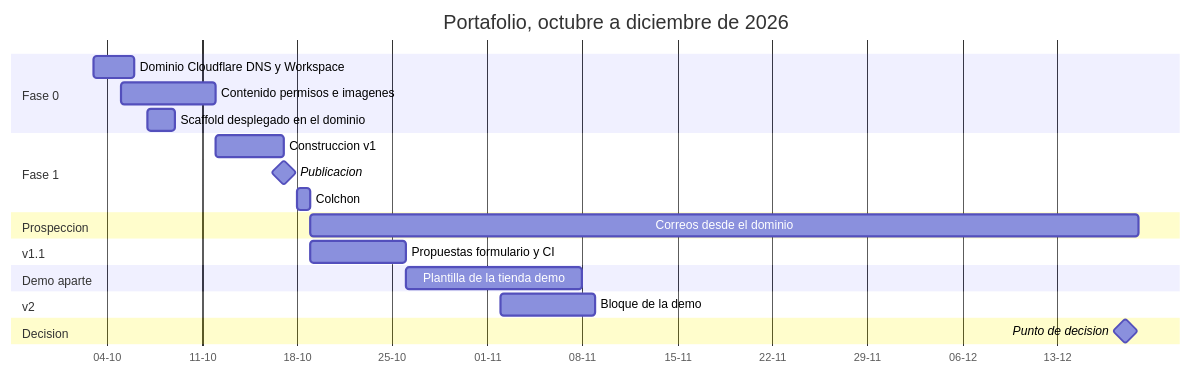
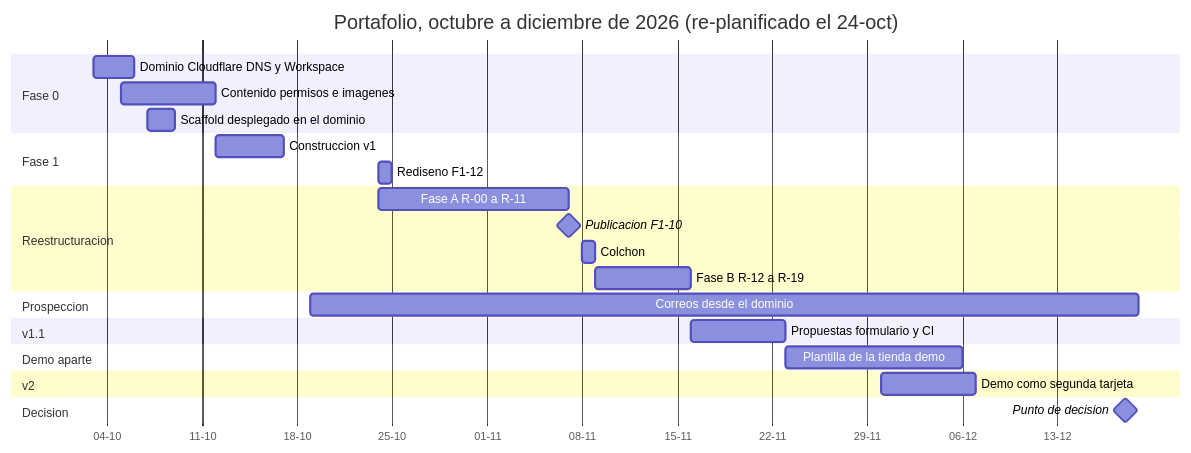
One commit to AlejandroHernandez1802/portafolio-web changed the first of 3 diagrams in docs/13-plan-de-implementacion.md. Above: the diagram before and after it, drawn with Mermaid. The commit also changed other lines of this file and 190 other files, not shown here.

````diff
--- a/docs/13-plan-de-implementacion.md
+++ b/docs/13-plan-de-implementacion.md
@@ -25,24 +31,28 @@
 ```mermaid
 gantt
-  title Portafolio, octubre a diciembre de 2026
+  title Portafolio, octubre a diciembre de 2026 (re-planificado el 24-oct)
   dateFormat YYYY-MM-DD
   axisFormat %d-%m
   section Fase 0
   Dominio Cloudflare DNS y Workspace  :f0a, 2026-10-03, 3d
   Contenido permisos e imagenes       :f0b, 2026-10-05, 7d
   Scaffold desplegado en el dominio   :f0c, 2026-10-07, 2d
   section Fase 1
   Construccion v1                     :f1, 2026-10-12, 5d
-  Publicacion                         :milestone, m1, 2026-10-17, 0d
-  Colchon                             :f1b, 2026-10-18, 1d
+  Rediseno F1-12                      :f1r, 2026-10-24, 1d
+  section Reestructuracion
+  Fase A R-00 a R-11                  :ra, 2026-10-24, 14d
+  Publicacion F1-10                   :milestone, m1, 2026-11-07, 0d
+  Colchon                             :rab, 2026-11-08, 1d
+  Fase B R-12 a R-19                  :rb, 2026-11-09, 7d
   section Prospeccion
   Correos desde el dominio            :p1, 2026-10-19, 61d
   section v1.1
-  Propuestas formulario y CI          :v11, 2026-10-19, 7d
+  Propuestas formulario y CI          :v11, 2026-11-16, 7d
   section Demo aparte
-  Plantilla de la tienda demo         :d1, 2026-10-26, 13d
+  Plantilla de la tienda demo         :d1, 2026-11-23, 13d
   section v2
-  Bloque de la demo                   :v2, 2026-11-02, 7d
+  Demo como segunda tarjeta           :v2, 2026-11-30, 7d
   section Decision
   Punto de decision                   :milestone, m2, 2026-12-18, 0d
 ```
````
